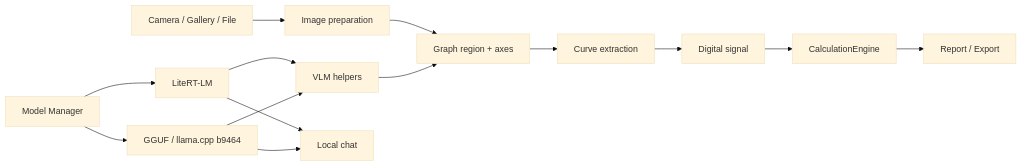
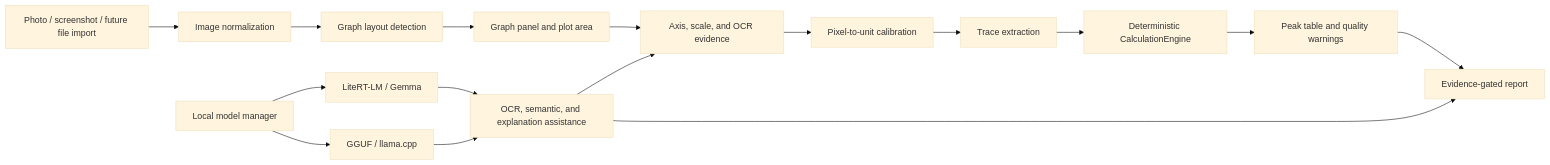
Before and after one commit to RandoTeam/ChromaLab: the diagram in README.md, drawn with Mermaid (base theme). The commit also changed other lines of this file, not shown here.

````diff
--- a/README.md
+++ b/README.md
@@ -75,17 +53,19 @@
 ```mermaid
 flowchart LR
-    A["Camera / Gallery / File"] --> B["Image preparation"]
-    B --> C["Graph region + axes"]
-    C --> D["Curve extraction"]
-    D --> E["Digital signal"]
-    E --> F["CalculationEngine"]
-    F --> G["Report / Export"]
+    A["Photo / screenshot / future file import"] --> B["Image normalization"]
+    B --> C["Graph layout detection"]
+    C --> D["Graph panel and plot area"]
+    D --> E["Axis, scale, and OCR evidence"]
+    E --> F["Pixel-to-unit calibration"]
+    F --> G["Trace extraction"]
+    G --> H["Deterministic CalculationEngine"]
+    H --> I["Peak table and quality warnings"]
+    I --> J["Evidence-gated report"]
 
-    M["Model Manager"] --> L["LiteRT-LM"]
-    M --> Q["GGUF / llama.cpp b9464"]
-    L --> V["VLM helpers"]
-    Q --> V
-    L --> H["Local chat"]
-    Q --> H
-    V --> C
+    M["Local model manager"] --> N["LiteRT-LM / Gemma"]
+    M --> O["GGUF / llama.cpp"]
+    N --> P["OCR, semantic, and explanation assistance"]
+    O --> P
+    P --> E
+    P --> J
 ```
````
